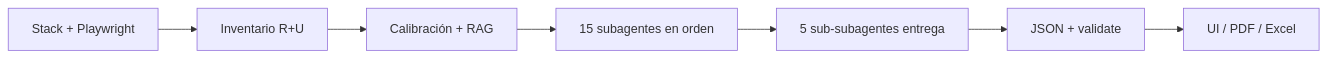
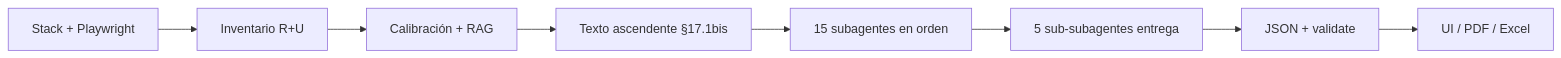
The second of 2 diagrams in .claude/diagrams/workflow_diagram.md (Fernandodesign96/lc-inapi.app), drawn with Mermaid before and after one commit. The commit also changed other lines of this file and 24 other files, not shown here.

````diff
--- a/.claude/diagrams/workflow_diagram.md
+++ b/.claude/diagrams/workflow_diagram.md
@@ -50,9 +55,10 @@
 ```mermaid
 flowchart LR
   A[Stack + Playwright] --> B[Inventario R+U]
   B --> C[Calibración + RAG]
-  C --> D[15 subagentes en orden]
+  C --> D0[Texto ascendente §17.1bis]
+  D0 --> D[15 subagentes en orden]
   D --> E[5 sub-subagentes entrega]
   E --> F[JSON + validate]
   F --> G[UI / PDF / Excel]
 ```
````
